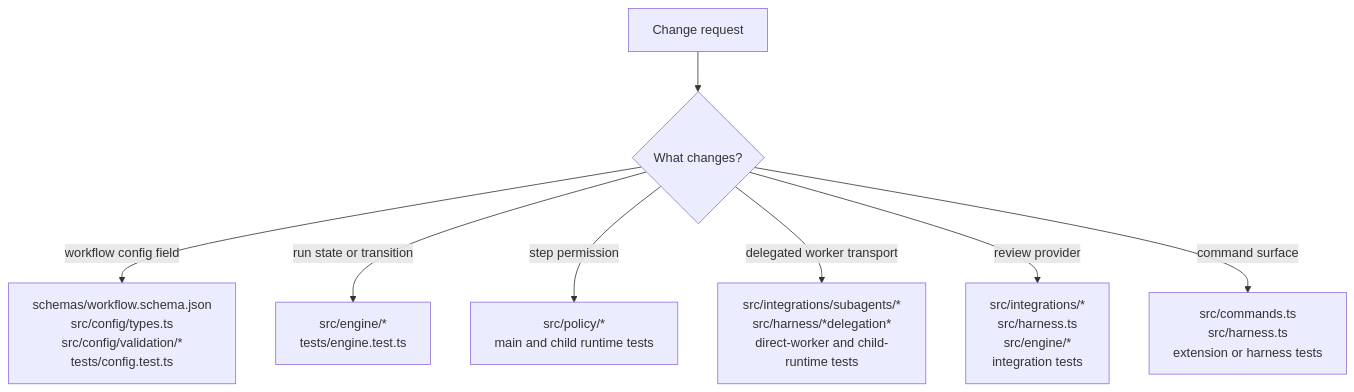
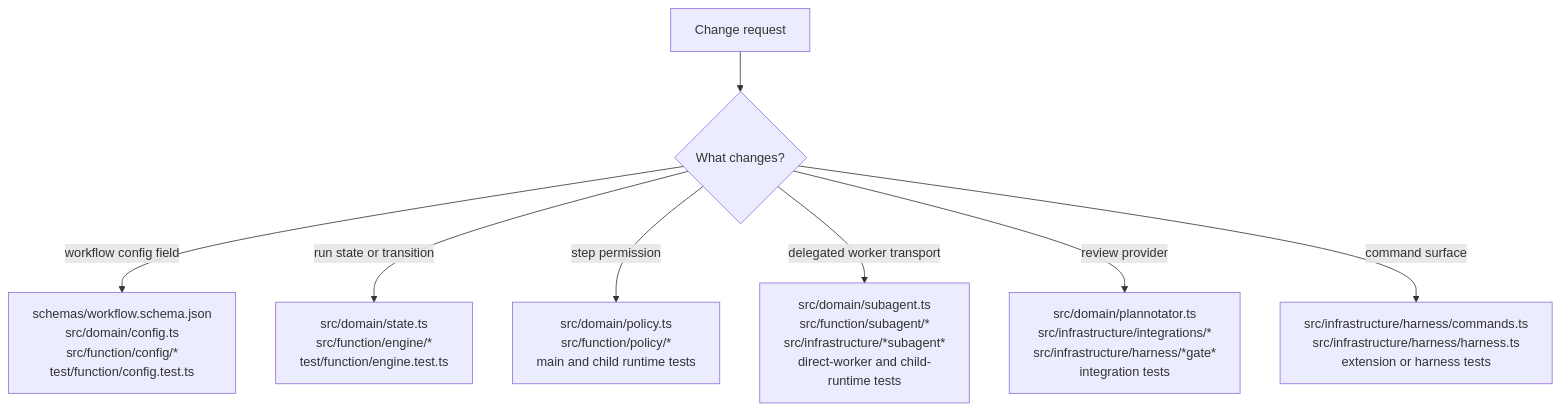
The third of 5 diagrams in openwiki/development/testing.md (wichayutdew/pi-workflows), drawn with Mermaid before and after one commit. The commit also changed other lines of this file and 346 other files, not shown here.

````diff
--- a/openwiki/development/testing.md
+++ b/openwiki/development/testing.md
@@ -45,10 +45,10 @@
 ```mermaid
 flowchart TD
   Change[Change request] --> Kind{What changes?}
-  Kind -- workflow config field --> Config[schemas/workflow.schema.json<br/>src/config/types.ts<br/>src/config/validation/*<br/>tests/config.test.ts]
-  Kind -- run state or transition --> Engine[src/engine/*<br/>tests/engine.test.ts]
-  Kind -- step permission --> Policy[src/policy/*<br/>main and child runtime tests]
-  Kind -- delegated worker transport --> Subagent[src/integrations/subagents/*<br/>src/harness/*delegation*<br/>direct-worker and child-runtime tests]
-  Kind -- review provider --> Review[src/integrations/*<br/>src/harness.ts<br/>src/engine/*<br/>integration tests]
-  Kind -- command surface --> Commands[src/commands.ts<br/>src/harness.ts<br/>extension or harness tests]
+  Kind -- workflow config field --> Config[schemas/workflow.schema.json<br/>src/domain/config.ts<br/>src/function/config/*<br/>test/function/config.test.ts]
+  Kind -- run state or transition --> Engine[src/domain/state.ts<br/>src/function/engine/*<br/>test/function/engine.test.ts]
+  Kind -- step permission --> Policy[src/domain/policy.ts<br/>src/function/policy/*<br/>main and child runtime tests]
+  Kind -- delegated worker transport --> Subagent[src/domain/subagent.ts<br/>src/function/subagent/*<br/>src/infrastructure/*subagent*<br/>direct-worker and child-runtime tests]
+  Kind -- review provider --> Review[src/domain/plannotator.ts<br/>src/infrastructure/integrations/*<br/>src/infrastructure/harness/*gate*<br/>integration tests]
+  Kind -- command surface --> Commands[src/infrastructure/harness/commands.ts<br/>src/infrastructure/harness/harness.ts<br/>extension or harness tests]
 ```
````
